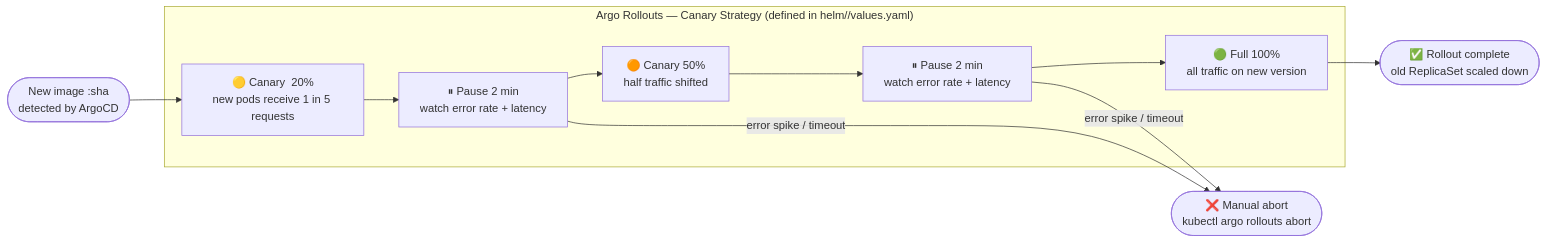
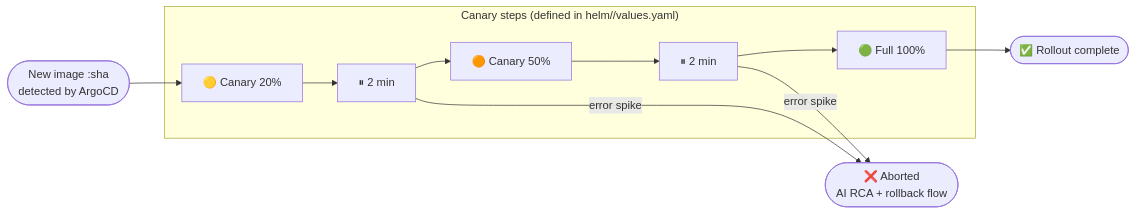
Before and after one commit to mrsrujan/IntelliOps: the fourth of 6 diagrams in docs/architecture.md, drawn with Mermaid. The commit also changed other lines of this file and 2 other files, not shown here.

````diff
--- a/docs/architecture.md
+++ b/docs/architecture.md
@@ -142,21 +243,21 @@
 ```mermaid
 flowchart LR
-    START(["New image :sha\ndetected by ArgoCD"])
+    NEW(["New image :sha\ndetected by ArgoCD"])
 
-    subgraph ROLLOUT ["Argo Rollouts — Canary Strategy  (defined in helm/<service>/values.yaml)"]
-        S1["🟡 Canary  20%\nnew pods receive 1 in 5 requests"]
-        P1["⏸ Pause  2 min\nwatch error rate + latency"]
-        S2["🟠 Canary  50%\nhalf traffic shifted"]
-        P2["⏸ Pause  2 min\nwatch error rate + latency"]
-        S3["🟢 Full  100%\nall traffic on new version"]
+    subgraph ROLLOUT ["Canary steps (defined in helm/<service>/values.yaml)"]
+        S1["🟡 Canary  20%"]
+        P1["⏸ 2 min"]
+        S2["🟠 Canary  50%"]
+        P2["⏸ 2 min"]
+        S3["🟢 Full  100%"]
         S1 --> P1 --> S2 --> P2 --> S3
     end
 
-    OK(["✅ Rollout complete\nold ReplicaSet scaled down"])
-    ABORT(["❌ Manual abort\nkubectl argo rollouts abort"])
+    OK(["✅ Rollout complete"])
+    ABORT(["❌ Aborted\nAI RCA + rollback flow"])
 
-    START --> S1
+    NEW --> S1
     S3 --> OK
-    P1 -->|"error spike / timeout"| ABORT
-    P2 -->|"error spike / timeout"| ABORT
+    P1 -->|error spike| ABORT
+    P2 -->|error spike| ABORT
 ```
````
